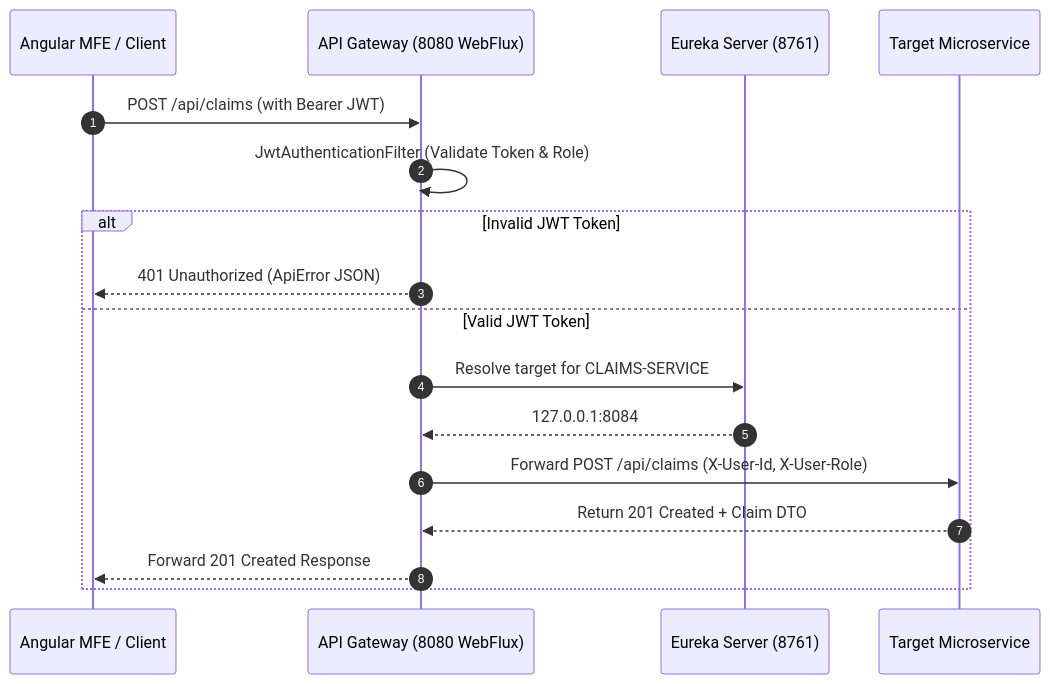
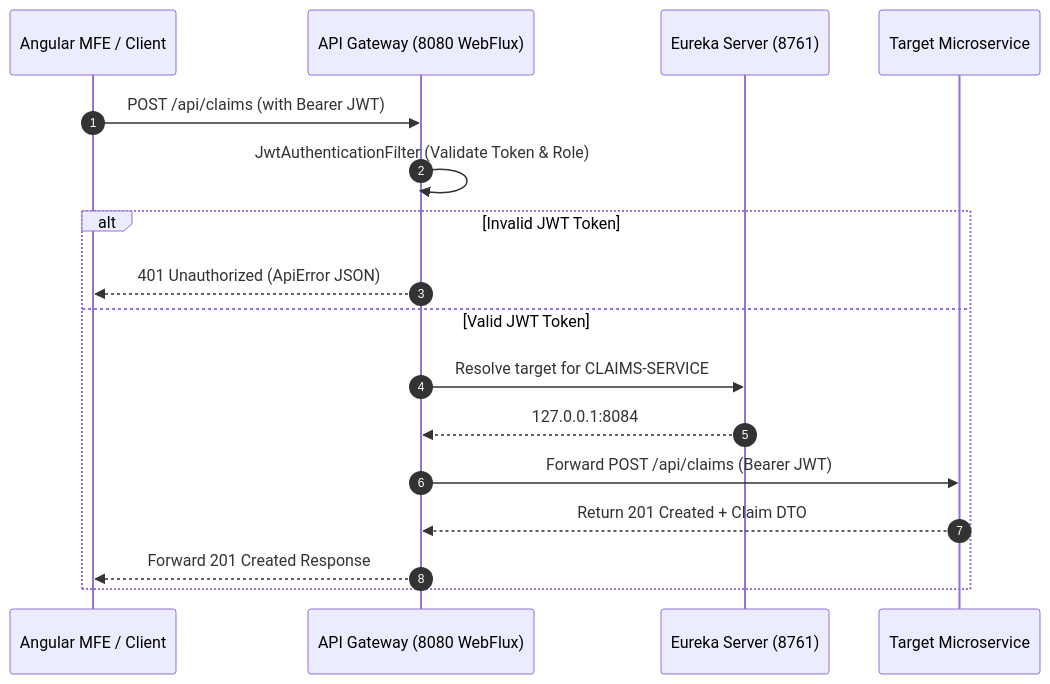
One commit to gouthamlingojuhf/Intellisure changed the second of 2 diagrams in Docs/API_GATEWAY_DOCUMENTATION.md. Above: the diagram before and after it, drawn with Mermaid. The commit also changed other lines of this file and 114 other files, not shown here.

````diff
--- a/Docs/API_GATEWAY_DOCUMENTATION.md
+++ b/Docs/API_GATEWAY_DOCUMENTATION.md
@@ -103,20 +101,20 @@
 ```mermaid
 sequenceDiagram
     autonumber
     participant Client as Angular MFE / Client
     participant Gateway as API Gateway (8080 WebFlux)
     participant Eureka as Eureka Server (8761)
     participant TargetService as Target Microservice
 
     Client->>Gateway: POST /api/claims (with Bearer JWT)
     Gateway->>Gateway: JwtAuthenticationFilter (Validate Token & Role)
     alt Invalid JWT Token
         Gateway-->>Client: 401 Unauthorized (ApiError JSON)
     else Valid JWT Token
         Gateway->>Eureka: Resolve target for CLAIMS-SERVICE
         Eureka-->>Gateway: 127.0.0.1:8084
-        Gateway->>TargetService: Forward POST /api/claims (X-User-Id, X-User-Role)
+        Gateway->>TargetService: Forward POST /api/claims (Bearer JWT)
         TargetService-->>Gateway: Return 201 Created + Claim DTO
         Gateway-->>Client: Forward 201 Created Response
     end
 ```
````
